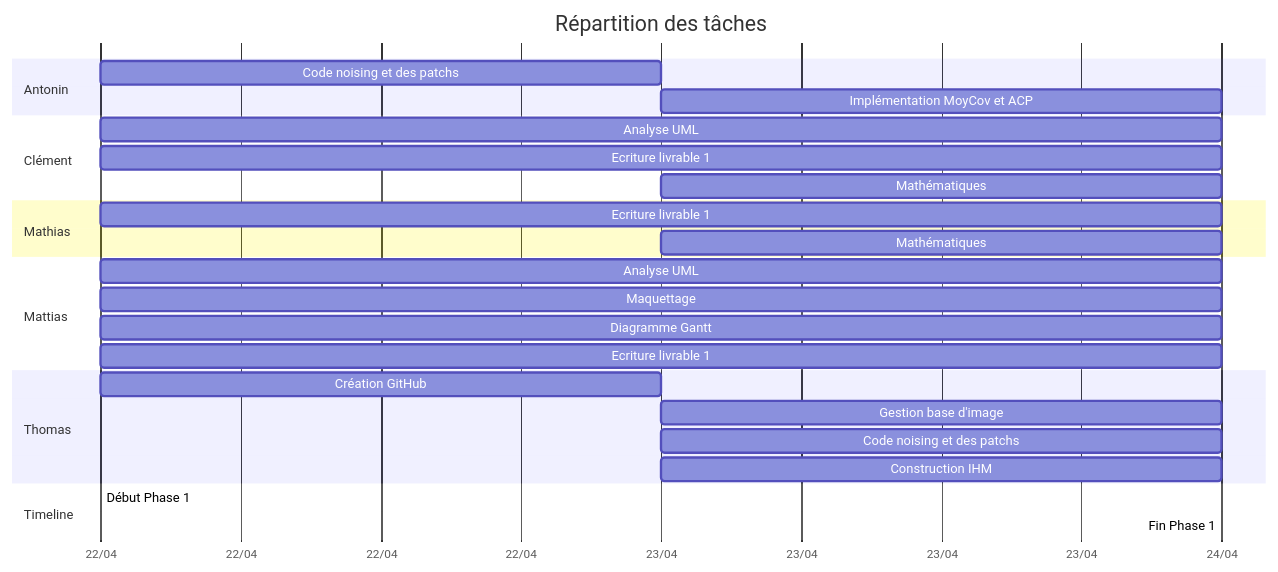
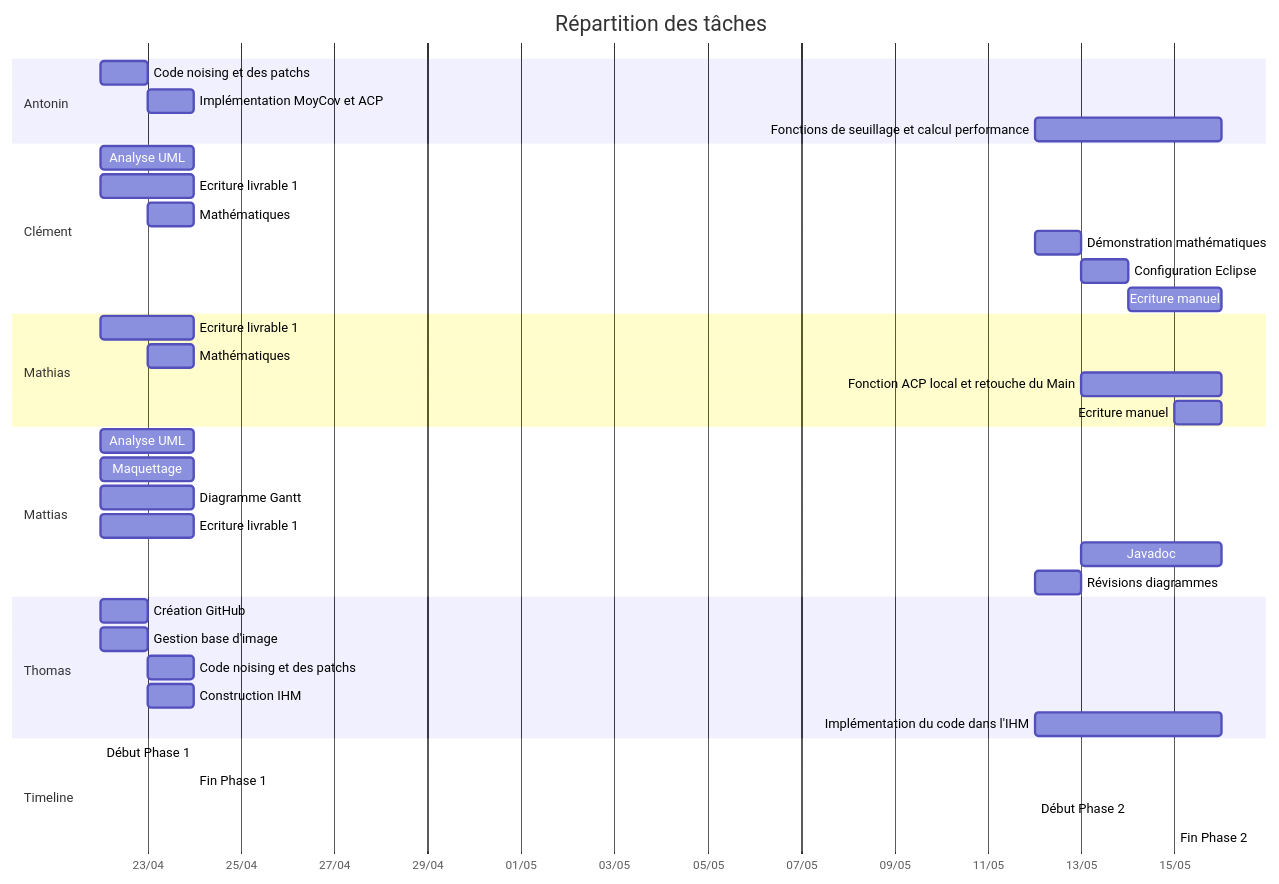
The diagram in analyse/gantt/ganttL1.mmd (Thomasgin/Projet-Java), drawn with Mermaid before and after one commit.

```diff
--- a/analyse/gantt/ganttL1.mmd
+++ b/analyse/gantt/ganttL1.mmd
@@ -1,33 +1,44 @@
 gantt
     title Répartition des tâches
     dateFormat  YYYY-MM-DD
     axisFormat %d/%m
 
     section Antonin
-    Code noising et des patchs :a3, 2025-04-22, 1d
-    Implémentation MoyCov et ACP :a10, 2025-04-23, 1d
-
+    Code noising et des patchs :ant1, 2025-04-22, 1d
+    Implémentation MoyCov et ACP :ant2, 2025-04-23, 1d
+    Fonctions de seuillage et calcul performance :ant3, 2025-05-12, 4d
+    
     section Clément
-    Analyse UML :a1, 2025-04-22, 2d
-    Ecriture livrable 1 :a2, 2025-04-22, 2d
-    Mathématiques :a11, 2025-04-23, 1d
-
+    Analyse UML :cle1, 2025-04-22, 2d
+    Ecriture livrable 1 :cle2, 2025-04-22, 2d
+    Mathématiques :cle3, 2025-04-23, 1d
+    Démonstration mathématiques :cle4, 2025-05-12, 1d
+    Configuration Eclipse : cle5, 2025-05-13, 1d
+    Ecriture manuel :cle6, 2025-05-14, 2d
+    
     section Mathias
-    Ecriture livrable 1 :a8, 2025-04-22, 2d
-    Mathématiques :a9, 2025-04-23, 1d
-
+    Ecriture livrable 1 :mth1, 2025-04-22, 2d
+    Mathématiques :mth2, 2025-04-23, 1d
+    Fonction ACP local et retouche du Main : mth3, 2025-05-13, 3d
+    Ecriture manuel :mth, 2025-05-15, 1d
+    
     section Mattias
-    Analyse UML :a14, 2025-04-22, 2d
-    Maquettage :a6, 2025-04-22, 2d
-    Diagramme Gantt :a7, 2025-04-22, 2d
-    Ecriture livrable 1 :a18, 2025-04-22, 2d
-
+    Analyse UML :mtt1, 2025-04-22, 2d
+    Maquettage :mtt2, 2025-04-22, 2d
+    Diagramme Gantt :mtt3, 2025-04-22, 2d
+    Ecriture livrable 1 :mtt4, 2025-04-22, 2d
+    Javadoc : mtt5, 2025-05-13, 3d
+    Révisions diagrammes : mtt6, 2025-05-12, 1d
+    
     section Thomas
-    Création GitHub :a4, 2025-04-22, 1d
-    Gestion base d'image :a5, after a4, 1d
-    Code noising et des patchs :a15, 2025-04-23, 1d
-    Construction IHM : a16, 2025-04-23, 1d
-
+    Création GitHub :tho1, 2025-04-22, 1d
+    Gestion base d'image :tho2, 2025-04-22, 1d
+    Code noising et des patchs :tho3, 2025-04-23, 1d
+    Construction IHM : tho4, 2025-04-23, 1d
+    Implémentation du code dans l'IHM : tho5, 2025-05-12, 4d
+    
     section Timeline
-    Début Phase 1 :milestone m1, 2025-04-22, 0d
-    Fin Phase 1 :milestone m2, 2025-04-24, 0d
+    Début Phase 1 :milestone mil1, 2025-04-22, 0d
+    Fin Phase 1 :milestone mil2, 2025-04-24, 0d
+    Début Phase 2 :milestone mil3, 2025-05-12, 0d
+    Fin Phase 2 :milestone mil4, 2025-05-15, 0d
```
